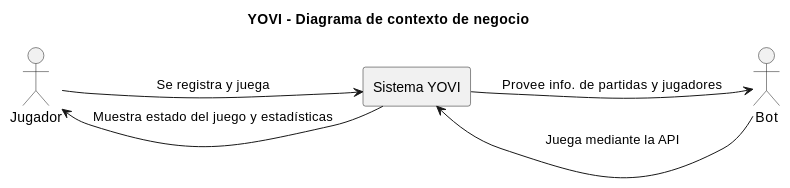
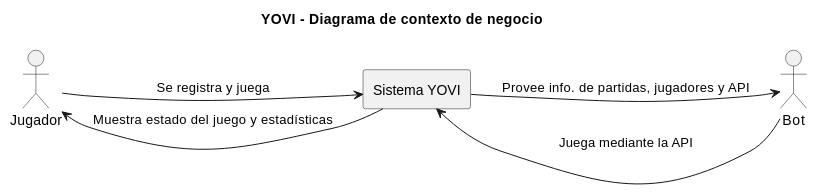
One commit to Arquisoft/yovi_es5b changed the first of 2 diagrams in docs/src/03_context_and_scope.adoc. Above: the diagram before and after it, drawn with PlantUML. The commit also changed 1 other file, not shown here.

Commit message:
arc: revisión API docs.
- Añadir puerto de API docs.

```diff
--- a/docs/src/03_context_and_scope.adoc
+++ b/docs/src/03_context_and_scope.adoc
@@ -11,21 +11,21 @@
 [plantuml]
 ----
 @startuml
 left to right direction
 skinparam rectangleStyle rounded
 title YOVI - Diagrama de contexto de negocio
 
 actor Jugador
 rectangle "Sistema YOVI" as system
 actor Bot
 
 ' === Enlaces ocultos para forzar la posición central ===
 Jugador -[hidden]right- system
 system -[hidden]right- Bot
 
 Jugador --> system : Se registra y juega
 system --> Jugador : Muestra estado del juego y estadísticas
 Bot --> system : Juega mediante la API
-system --> Bot: Provee info. de partidas y jugadores
+system --> Bot: Provee info. de partidas, jugadores y API
 @enduml
 ----
```
